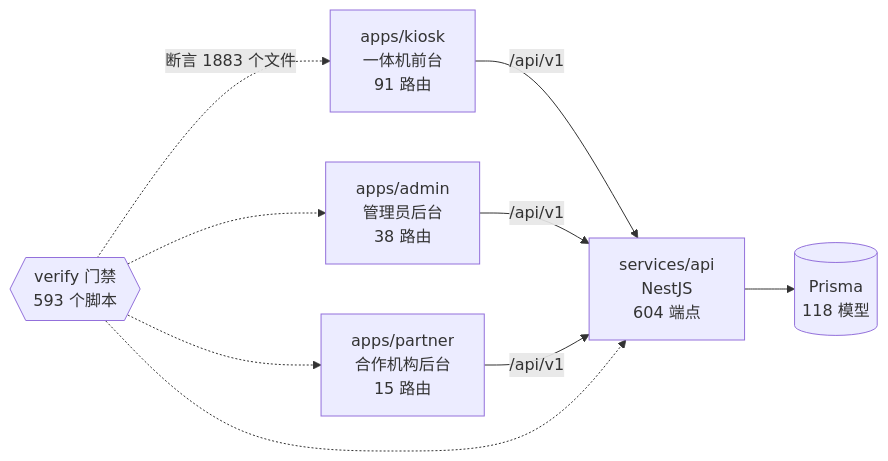
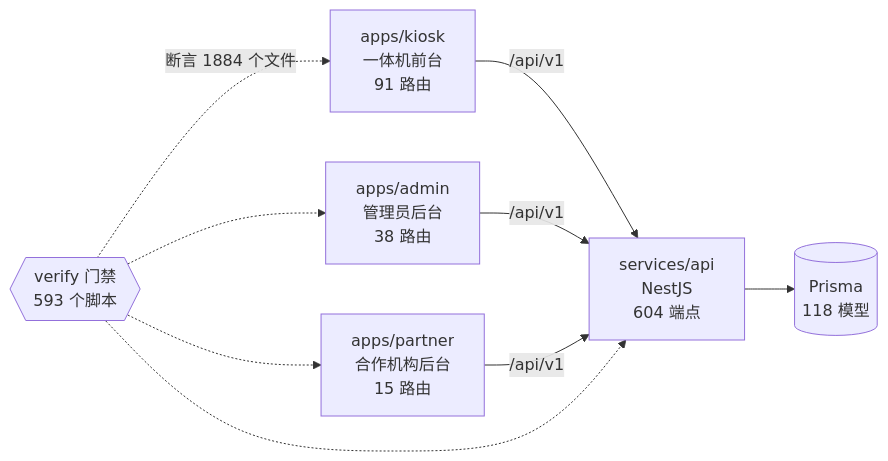
The diagram in docs/graph/README.md (wanglei581/YITIJI), drawn with Mermaid before and after one commit. The commit also changed other lines of this file and 1 other file, not shown here.

Commit message:
图谱重出：改基到含 #1519 的 main 后 README 与门禁分册对齐（generate-project-graph --check 通过）

````diff
--- a/docs/graph/README.md
+++ b/docs/graph/README.md
@@ -68,18 +68,18 @@
 ```mermaid
 flowchart LR
   kiosk["apps/kiosk<br/>一体机前台<br/>91 路由"]
   admin["apps/admin<br/>管理员后台<br/>38 路由"]
   partner["apps/partner<br/>合作机构后台<br/>15 路由"]
   api["services/api<br/>NestJS<br/>604 端点"]
   db[("Prisma<br/>118 模型")]
   gates{{"verify 门禁<br/>593 个脚本"}}
 
   kiosk -->|"/api/v1"| api
   admin -->|"/api/v1"| api
   partner -->|"/api/v1"| api
   api --> db
-  gates -.->|"断言 1883 个文件"| kiosk
+  gates -.->|"断言 1884 个文件"| kiosk
   gates -.-> admin
   gates -.-> partner
   gates -.-> api
 ```
````
